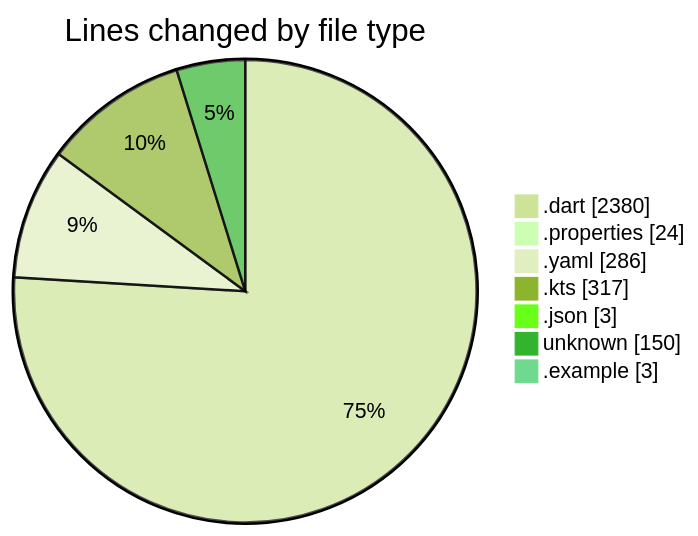
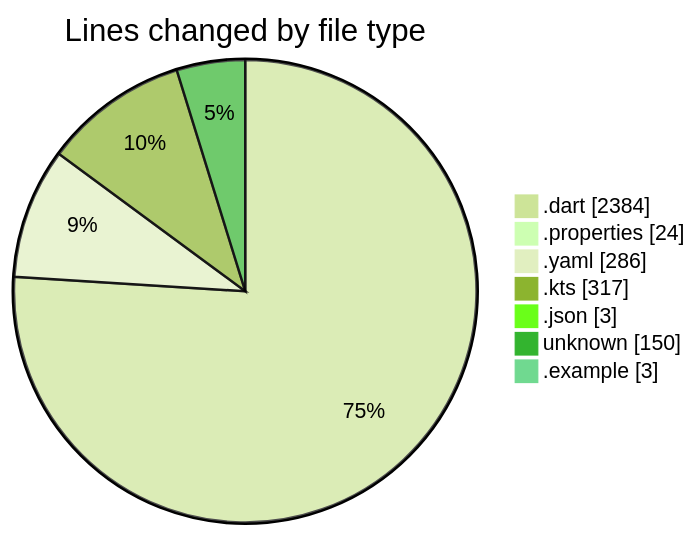
The first of 2 diagrams in 2025-10-31/weather_insights_app/README.md (donsfak/code-tracking), drawn with Mermaid (forest theme) before and after one commit. The commit also changed other lines of this file and 1 other file, not shown here.

````diff
--- a/2025-10-31/weather_insights_app/README.md
+++ b/2025-10-31/weather_insights_app/README.md
@@ -35,11 +35,11 @@
 ```mermaid
 pie showData
 title Lines changed by file type
-".dart" : 2380
+".dart" : 2384
 ".properties" : 24
 ".yaml" : 286
 ".kts" : 317
 ".json" : 3
 "unknown" : 150
 ".example" : 3
 ```
````
